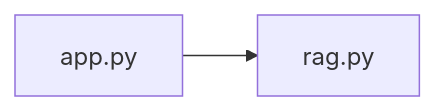
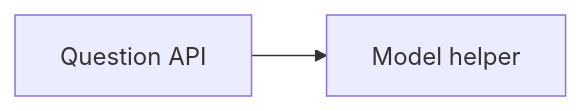
One commit to Gurtejhundal/Mercy changed the diagram in output-example/mercy-architecture.md. Above: the diagram before and after it, drawn with Mermaid. The commit also changed other lines of this file and 37 other files, not shown here.

````diff
--- a/output-example/mercy-architecture.md
+++ b/output-example/mercy-architecture.md
@@ -7,6 +5,6 @@
 ```mermaid
 flowchart LR
-    N0["app.py"]
-    N1["rag.py"]
+    N0["Question API"]
+    N1["Model helper"]
     N0 --> N1
 ```
````
